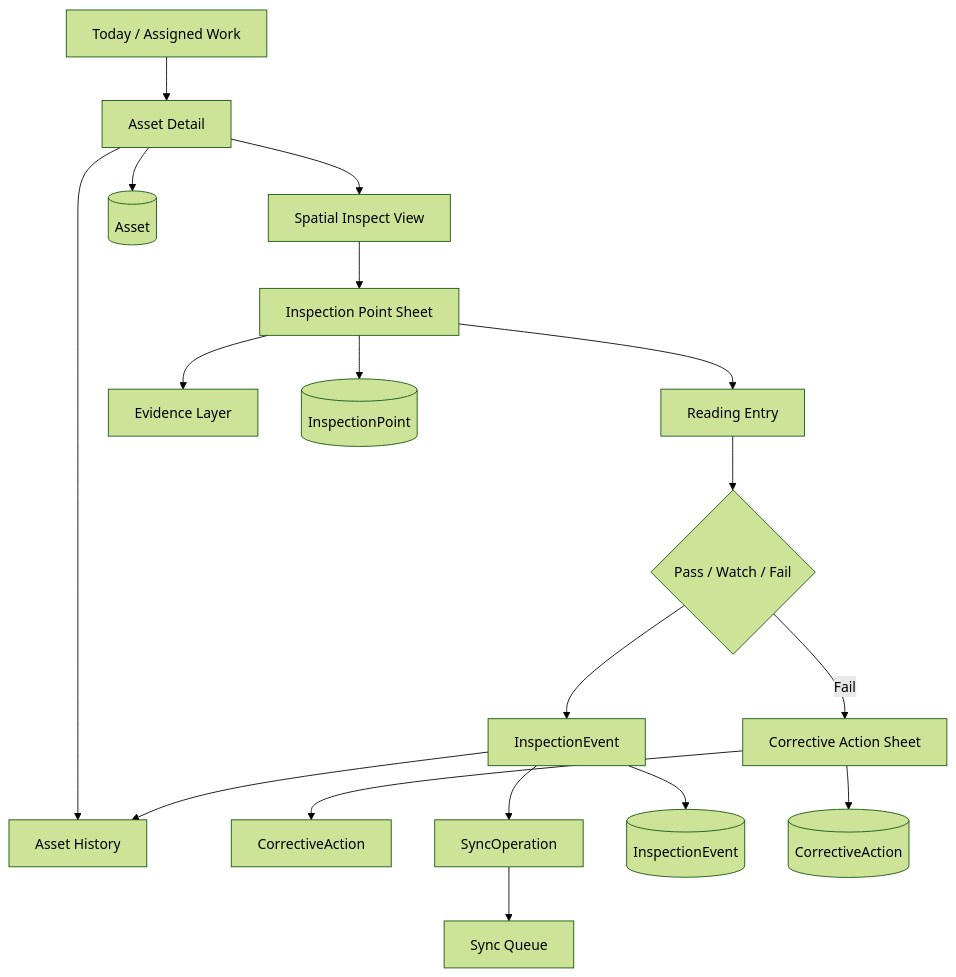
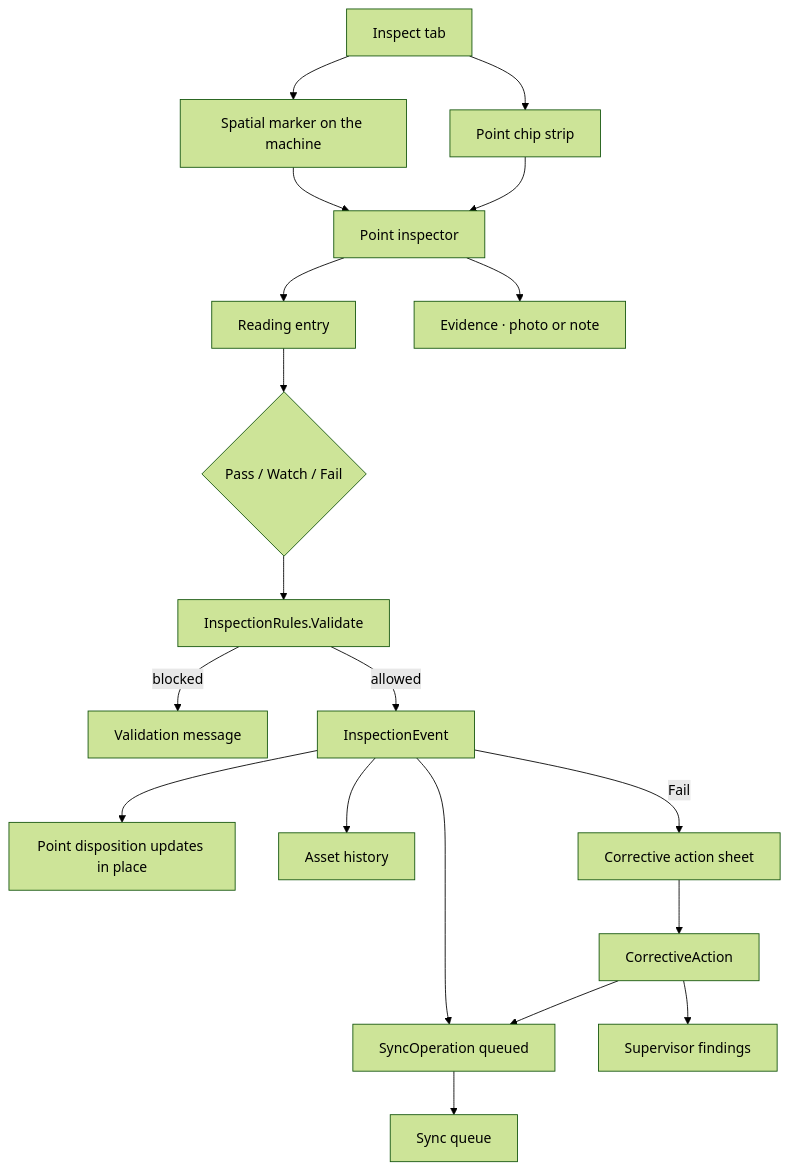
One commit to noknowscode/trace changed the second of 2 diagrams in docs/DESIGN-GRAPH.md. Above: the diagram before and after it, drawn with Mermaid (forest theme). The commit also changed other lines of this file and 3 other files, not shown here.

````diff
--- a/docs/DESIGN-GRAPH.md
+++ b/docs/DESIGN-GRAPH.md
@@ -3,20 +33,21 @@
 ```mermaid
 graph TD
-  Today[Today / Assigned Work] --> Asset[Asset Detail]
-  Asset --> Inspect[Spatial Inspect View]
-  Asset --> History[Asset History]
-  Inspect --> Point[Inspection Point Sheet]
-  Point --> Reading[Reading Entry]
-  Point --> Evidence[Evidence Layer]
+  Inspect[Inspect tab] --> Marker[Spatial marker on the machine]
+  Inspect --> Chip[Point chip strip]
+  Marker --> Inspector[Point inspector]
+  Chip --> Inspector
+  Inspector --> Reading[Reading entry]
+  Inspector --> Evidence[Evidence · photo or note]
   Reading --> Disposition{Pass / Watch / Fail}
-  Disposition --> Event[InspectionEvent]
-  Disposition -->|Fail| Corrective[Corrective Action Sheet]
+  Disposition --> Validate[InspectionRules.Validate]
+  Validate -->|blocked| Message[Validation message]
+  Validate -->|allowed| Event[InspectionEvent]
+  Event --> PointState[Point disposition updates in place]
+  Event --> History[Asset history]
+  Event --> Queue[SyncOperation queued]
+  Event -->|Fail| Corrective[Corrective action sheet]
   Corrective --> Action[CorrectiveAction]
-  Event --> History
-  Event --> Sync[SyncOperation]
-  Sync --> SyncView[Sync Queue]
-  Asset --> AssetModel[(Asset)]
-  Point --> PointModel[(InspectionPoint)]
-  Event --> EventModel[(InspectionEvent)]
-  Corrective --> ActionModel[(CorrectiveAction)]
+  Action --> Findings[Supervisor findings]
+  Action --> Queue
+  Queue --> SyncView[Sync queue]
 ```
````
